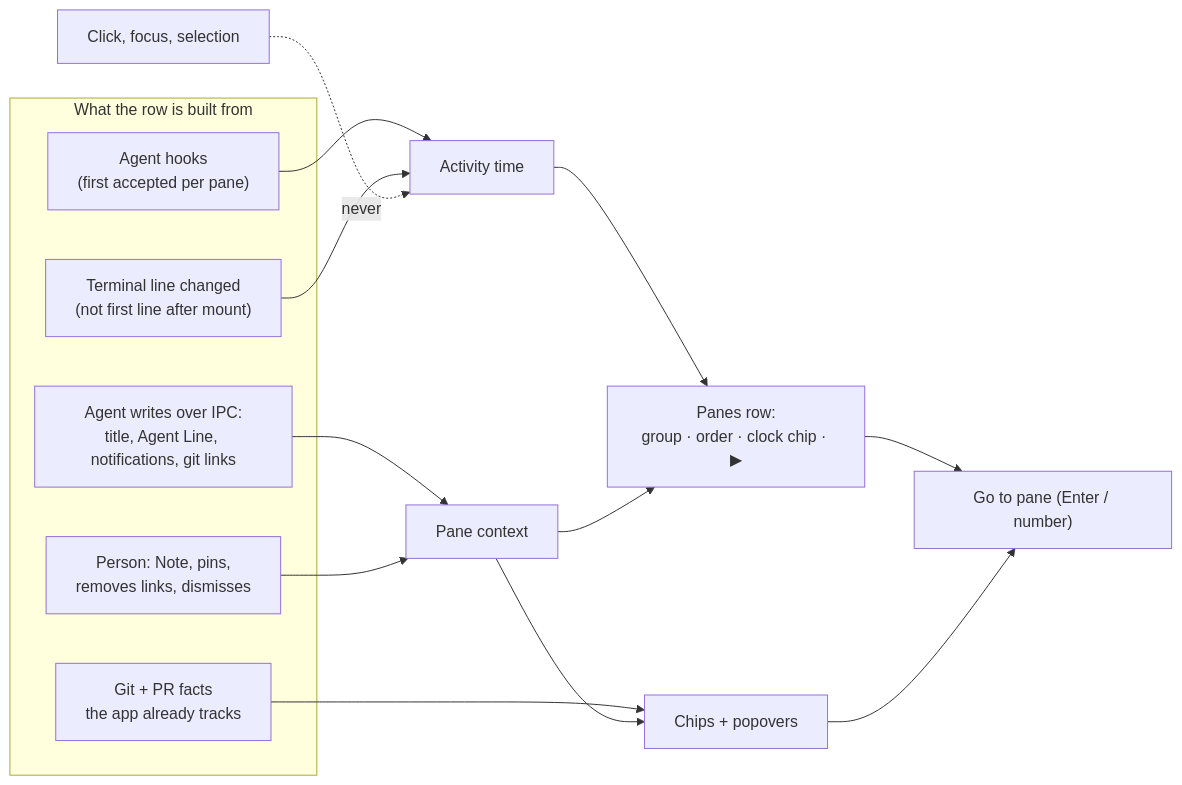
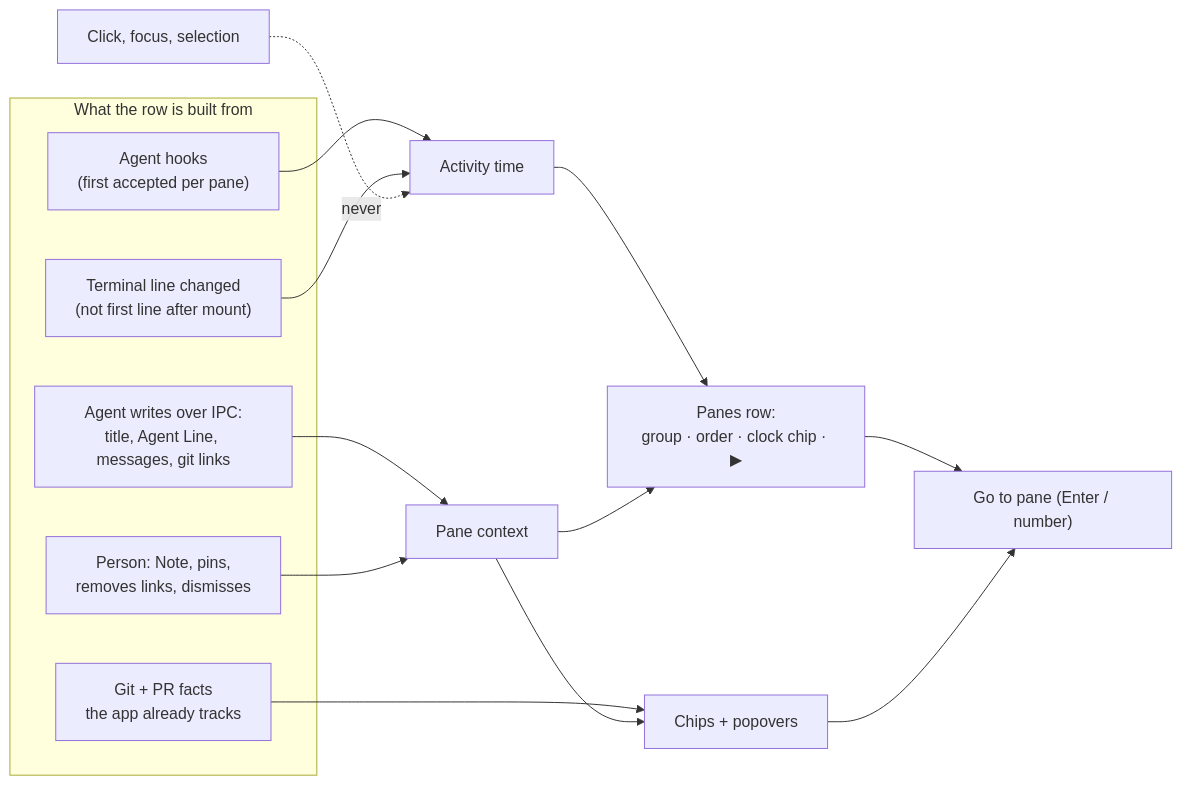
One commit to ShravanSunder/agentstudio changed the diagram in docs/specs/2026-09-25-panes-stage1/2026-09-25-panes-stage1-specification.md. Above: the diagram before and after it, drawn with Mermaid. The commit also changed other lines of this file and 2 other files, not shown here.

First line of the commit message:
Panes Stage 1: fold PR B's agent-message model into the Panes design (PR C basis)

````diff
--- a/docs/specs/2026-09-25-panes-stage1/2026-09-25-panes-stage1-specification.md
+++ b/docs/specs/2026-09-25-panes-stage1/2026-09-25-panes-stage1-specification.md
@@ -7,21 +7,21 @@
 ```mermaid
 flowchart LR
     subgraph sources["What the row is built from"]
         hooks["Agent hooks<br/>(first accepted per pane)"]
         output["Terminal line changed<br/>(not first line after mount)"]
-        agent["Agent writes over IPC:<br/>title, Agent Line, notifications, git links"]
+        agent["Agent writes over IPC:<br/>title, Agent Line, messages, git links"]
         person["Person: Note, pins,<br/>removes links, dismisses"]
         git["Git + PR facts<br/>the app already tracks"]
     end
     hooks --> clock["Activity time"]
     output --> clock
     clock --> row["Panes row:<br/>group · order · clock chip · ▶"]
     agent --> ctx["Pane context"]
     person --> ctx
     git --> chips["Chips + popovers"]
     ctx --> row
     ctx --> chips
     row --> go["Go to pane (Enter / number)"]
     chips --> go
     focus["Click, focus, selection"] -. never .-> clock
 ```
````
